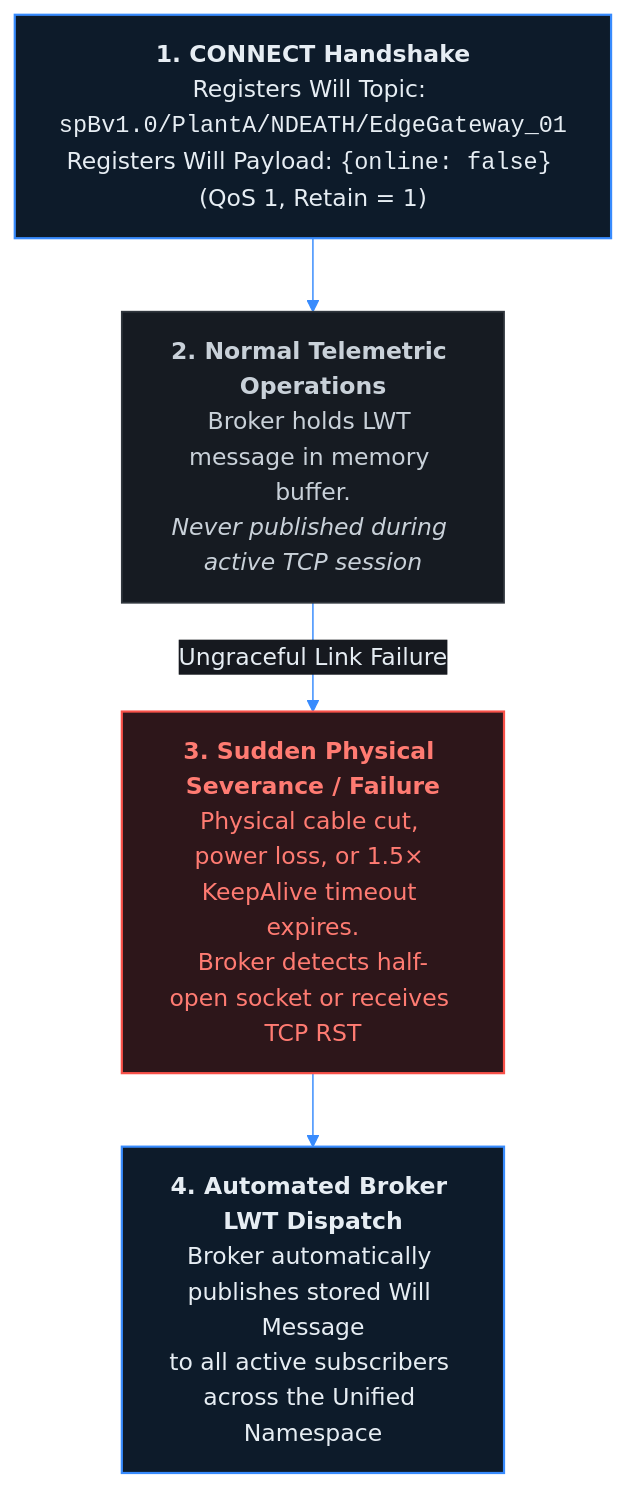
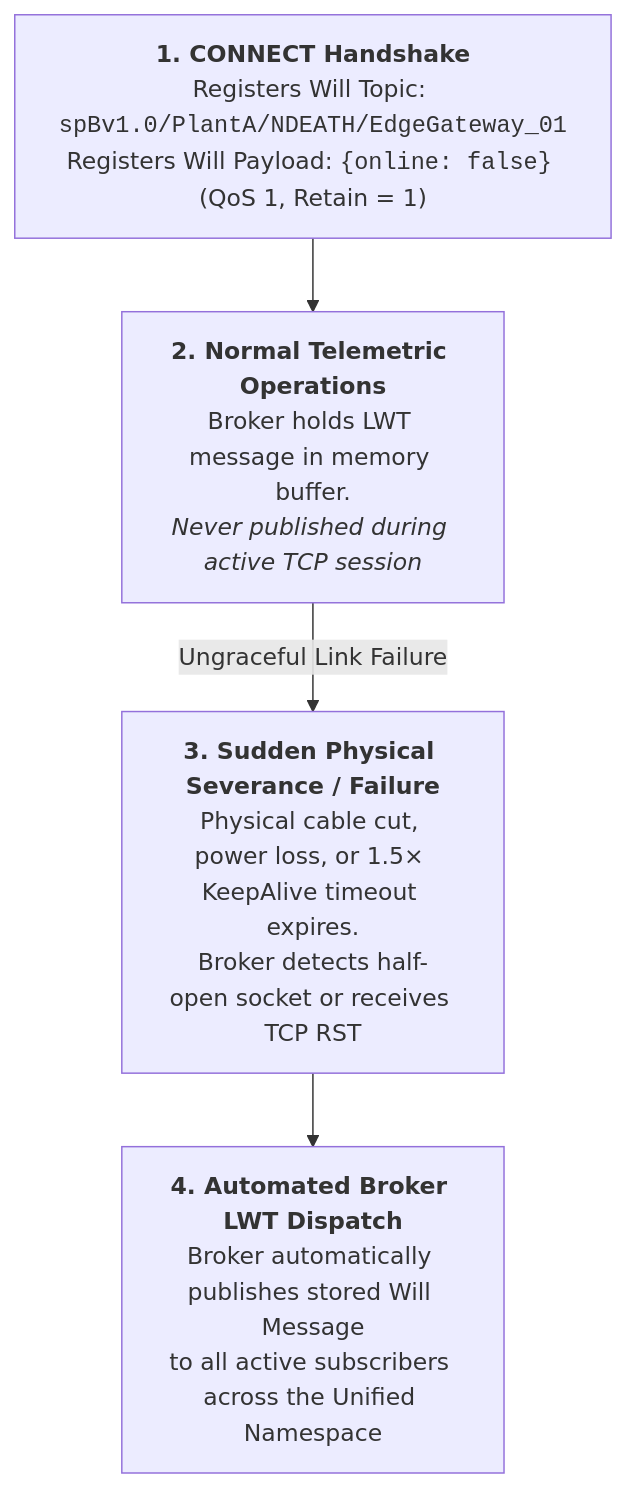
One commit to Novav20/The-Meridian-Grid changed the third of 3 diagrams in docs/00-Domain-Mastery/lessons/03-MQTT-Protocol-Internals.md. Above: the diagram before and after it, drawn with Mermaid. The commit also changed other lines of this file and 15 other files, not shown here.

Commit message:
Clean up Mermaid lesson diagrams

````diff
--- a/docs/00-Domain-Mastery/lessons/03-MQTT-Protocol-Internals.md
+++ b/docs/00-Domain-Mastery/lessons/03-MQTT-Protocol-Internals.md
@@ -312,29 +254,12 @@
 ```mermaid
-%%{init: {
-  'theme': 'base',
-  'themeVariables': {
-    'darkMode': true,
-    'primaryColor': '#1E222B',
-    'primaryTextColor': '#E6EDF3',
-    'primaryBorderColor': '#388BFD',
-    'lineColor': '#388BFD',
-    'secondaryColor': '#16191F',
-    'tertiaryColor': '#0D1117',
-    'edgeLabelBackground': '#16191F'
-  },
-  'themeCSS': '.edgeLabel { color: #E6EDF3 !important; } .edgeLabel rect { fill: #16191F !important; } .label { color: #E6EDF3 !important; } .cluster-label span { color: #E6EDF3 !important; }'
-}}%%
 flowchart TD
-    classDef step fill:#0d1b2a,stroke:#388bfd,stroke-width:1.5px,color:#e6edf3;
-    classDef normal fill:#161b22,stroke:#30363d,stroke-width:1.2px,color:#c9d1d9;
-    classDef fault fill:#2d161a,stroke:#f85149,stroke-width:1.5px,color:#ff7b72;
 
-    S1["<strong>1. CONNECT Handshake</strong><br/>Registers Will Topic: <code>spBv1.0/PlantA/NDEATH/EdgeGateway_01</code><br/>Registers Will Payload: <code>{online: false}</code> (QoS 1, Retain = 1)"]:::step
-    S2["<strong>2. Normal Telemetric Operations</strong><br/>Broker holds LWT message in memory buffer.<br/><em>Never published during active TCP session</em>"]:::normal
-    S3["<strong>3. Sudden Physical Severance / Failure</strong><br/>Physical cable cut, power loss, or 1.5× KeepAlive timeout expires.<br/>Broker detects half-open socket or receives TCP RST"]:::fault
-    S4["<strong>4. Automated Broker LWT Dispatch</strong><br/>Broker automatically publishes stored Will Message<br/>to all active subscribers across the Unified Namespace"]:::step
+    S1["<strong>1. CONNECT Handshake</strong><br/>Registers Will Topic: <code>spBv1.0/PlantA/NDEATH/EdgeGateway_01</code><br/>Registers Will Payload: <code>{online: false}</code> (QoS 1, Retain = 1)"]
+    S2["<strong>2. Normal Telemetric Operations</strong><br/>Broker holds LWT message in memory buffer.<br/><em>Never published during active TCP session</em>"]
+    S3["<strong>3. Sudden Physical Severance / Failure</strong><br/>Physical cable cut, power loss, or 1.5× KeepAlive timeout expires.<br/>Broker detects half-open socket or receives TCP RST"]
+    S4["<strong>4. Automated Broker LWT Dispatch</strong><br/>Broker automatically publishes stored Will Message<br/>to all active subscribers across the Unified Namespace"]
 
     S1 --> S2
     S2 -->|Ungraceful Link Failure| S3
     S3 --> S4
 ```
````
